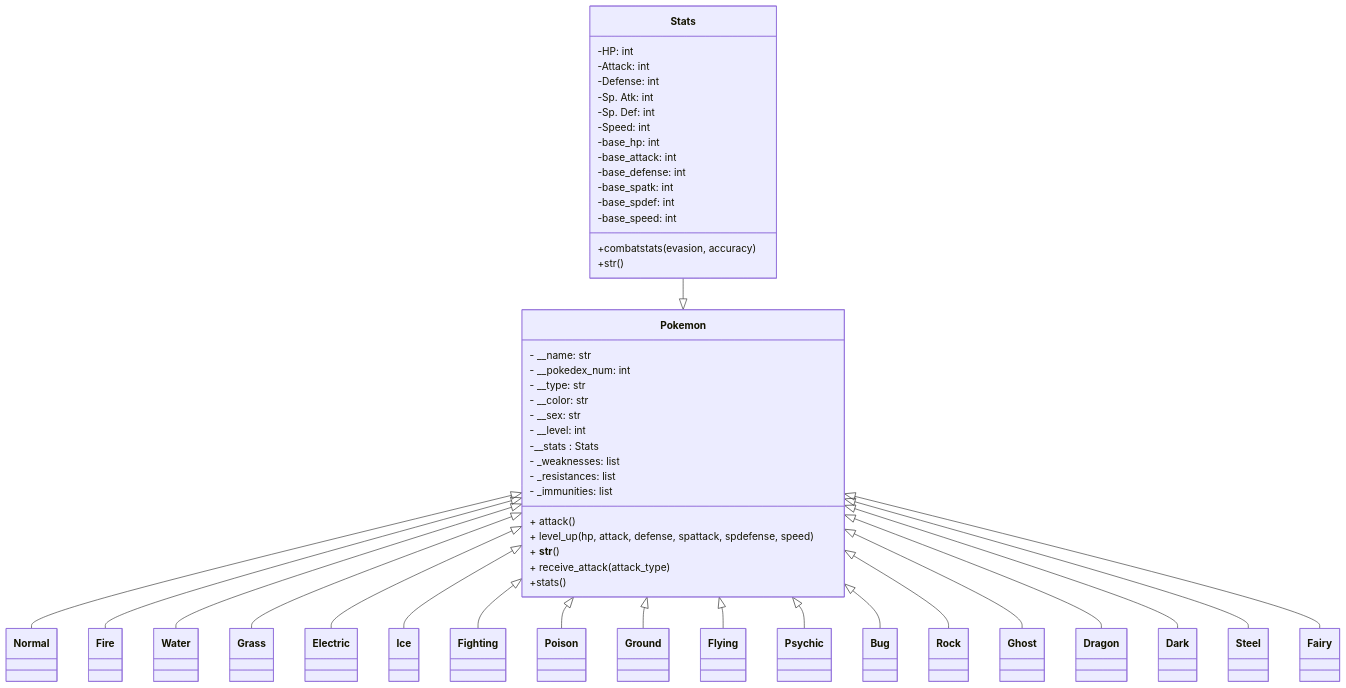
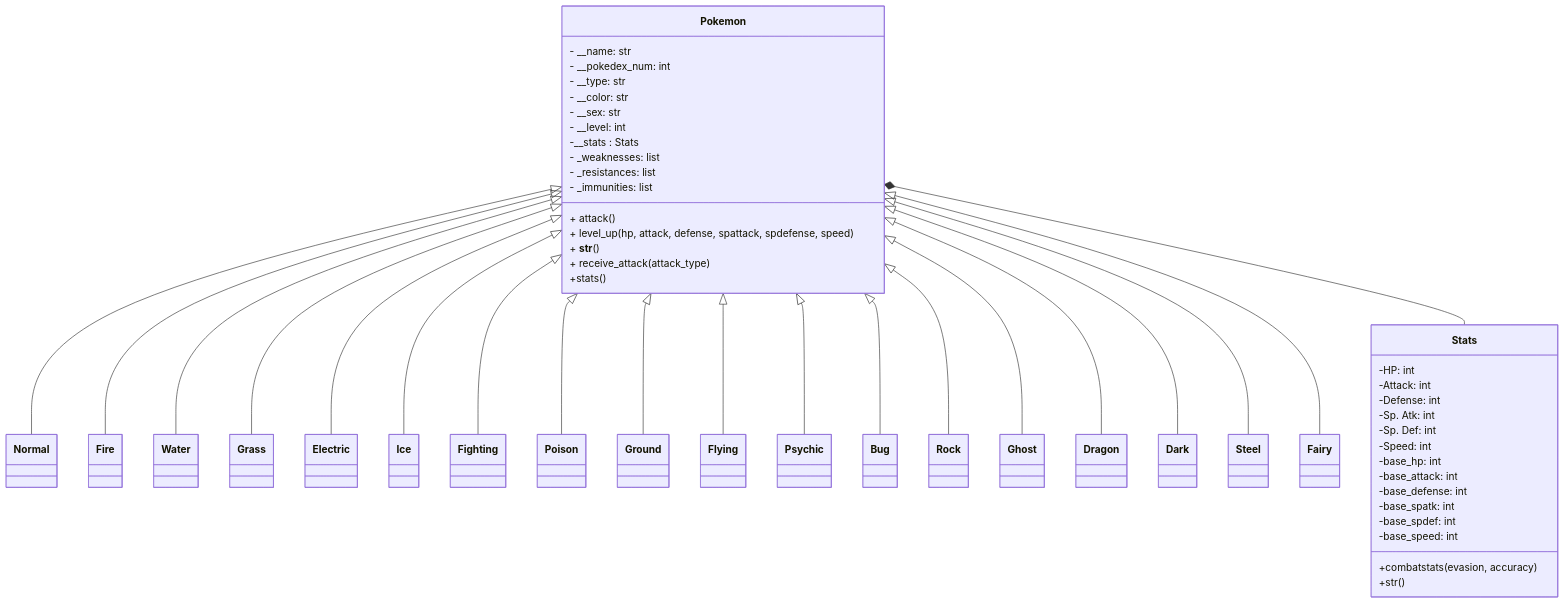
Before and after one commit to felipeg17/poke-repo: the diagram in README.md, drawn with Mermaid.

Commit message:
change stats to composition

````diff
--- a/README.md
+++ b/README.md
@@ -118,5 +118,5 @@
     Pokemon <|-- Dark
     Pokemon <|-- Steel
     Pokemon <|-- Fairy
-    Stats --|> Pokemon
+    Pokemon *-- Stats
 ```
````
